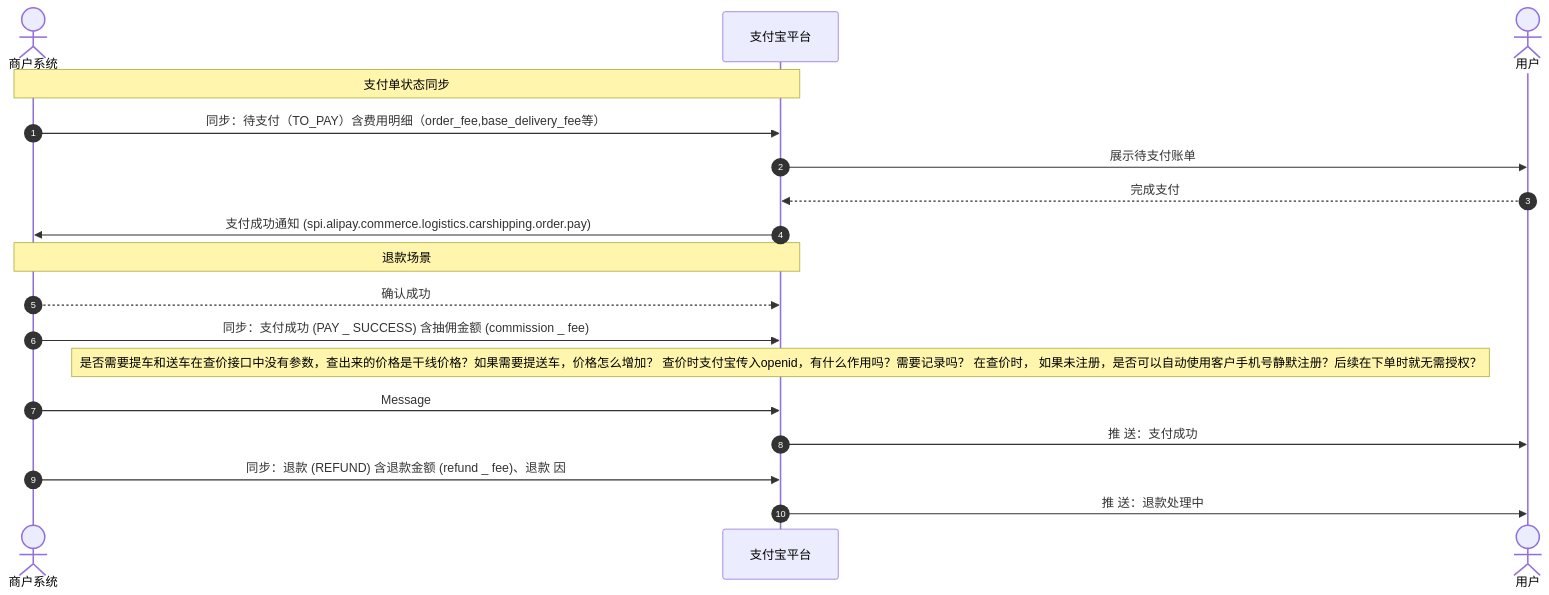
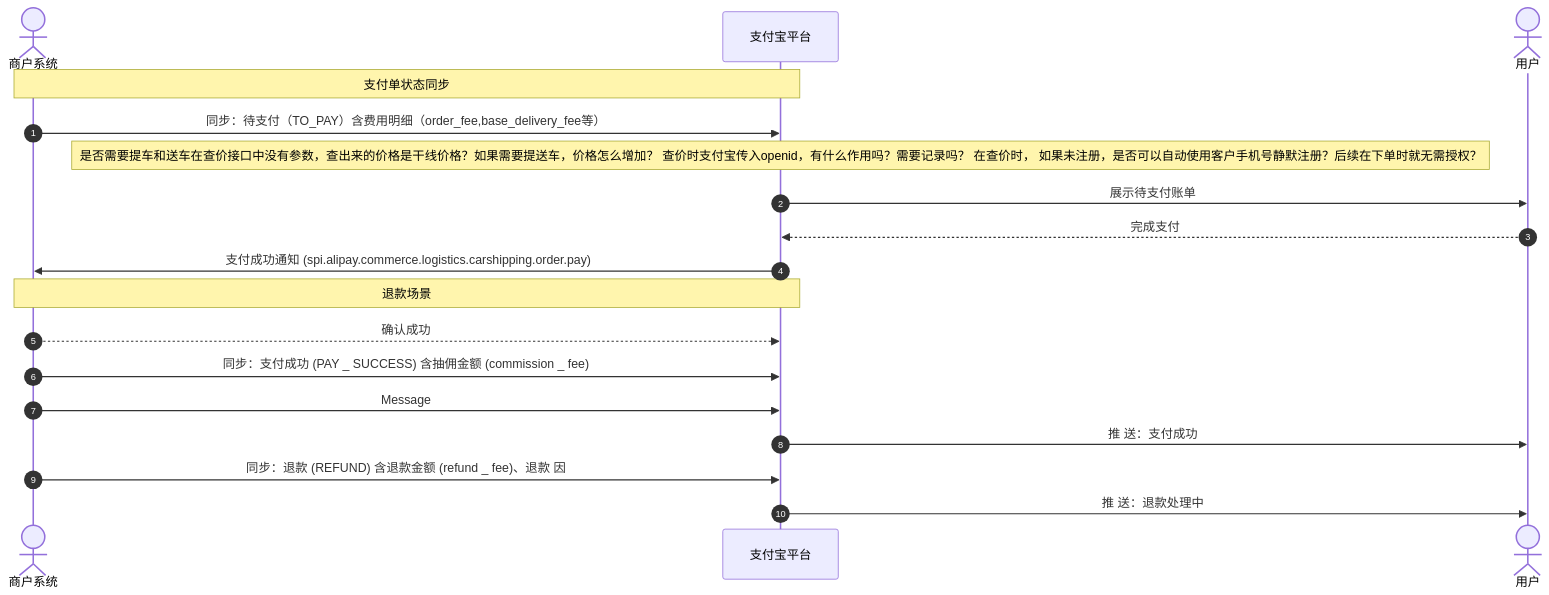
The diagram in notes/支付单状态同步时序_b3042cb3-08c1-43b5-b440-32d3f6443821.md (pingpm/mermaid_vault), drawn with Mermaid before and after one commit. The commit also changed other lines of this file and 2 other files, not shown here.

Commit message:
Sync Mermaid Studio data (15 diagrams)

````diff
--- a/notes/支付单状态同步时序_b3042cb3-08c1-43b5-b440-32d3f6443821.md
+++ b/notes/支付单状态同步时序_b3042cb3-08c1-43b5-b440-32d3f6443821.md
@@ -3,21 +3,21 @@
 ```mermaid
 sequenceDiagram
   autonumber
   actor p0 as 商户系统
   participant p1 as ⽀付宝平台
   actor p2 as 用户
   Note over p0,p1: ⽀付单状态同步
   p0->>p1: 同步：待支付（TO_PAY）含费用明细（order_fee,base_delivery_fee等）
+  Note over p1: 是否需要提车和送车在查价接口中没有参数，查出来的价格是干线价格？如果需要提送车，价格怎么增加？ 查价时支付宝传入openid，有什么作用吗？需要记录吗？ 在查价时， 如果未注册，是否可以自动使用客户手机号静默注册？后续在下单时就无需授权？
   p1->>p2: 展示待⽀付账单
   p2-->>p1: 完成⽀付
   p1->>p0: ⽀付成功通知 (spi.alipay.commerce.logistics.carshipping.order.pay)
   Note over p0,p1: 退款场景
   p0-->>p1: 确认成功
   p0->>p1: 同步：⽀付成功 (PAY _ SUCCESS) 含抽佣⾦额 (commission _ fee)
-  Note over p1: 是否需要提车和送车在查价接口中没有参数，查出来的价格是干线价格？如果需要提送车，价格怎么增加？ 查价时支付宝传入openid，有什么作用吗？需要记录吗？ 在查价时， 如果未注册，是否可以自动使用客户手机号静默注册？后续在下单时就无需授权？
   p0->>p1: Message
   p1->>p2: 推 送：⽀付成功
   p0->>p1: 同步：退款 (REFUND) 含退款⾦额 (refund _ fee)、退款 因
   p1->>p2: 推 送：退款处理中
 
 ```
````
